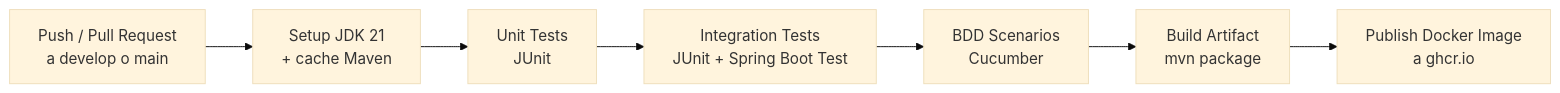
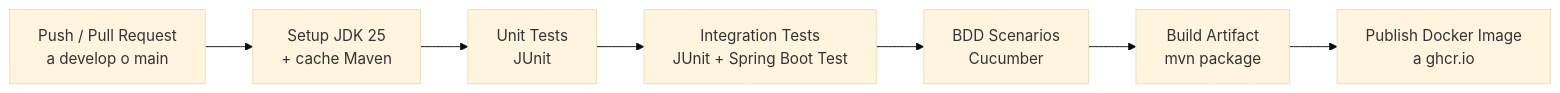
Before and after one commit to bananawire/deis-report: the first of 3 diagrams in chapters/chapter7.md, drawn with Mermaid (base theme). The commit also changed other lines of this file and 2 other files, not shown here.

Commit message:
fix(av2): reemplaza placeholders de evidencia, elimina nota editorial y unifica JDK 25

````diff
--- a/chapters/chapter7.md
+++ b/chapters/chapter7.md
@@ -34,9 +34,9 @@
 ```mermaid
 flowchart LR
-    A[Push / Pull Request<br/>a develop o main] --> B[Setup JDK 21<br/>+ cache Maven]
+    A[Push / Pull Request<br/>a develop o main] --> B[Setup JDK 25<br/>+ cache Maven]
     B --> C[Unit Tests<br/>JUnit]
     C --> D[Integration Tests<br/>JUnit + Spring Boot Test]
     D --> E[BDD Scenarios<br/>Cucumber]
     E --> F[Build Artifact<br/>mvn package]
     F --> G[Publish Docker Image<br/>a ghcr.io]
 ```
````
